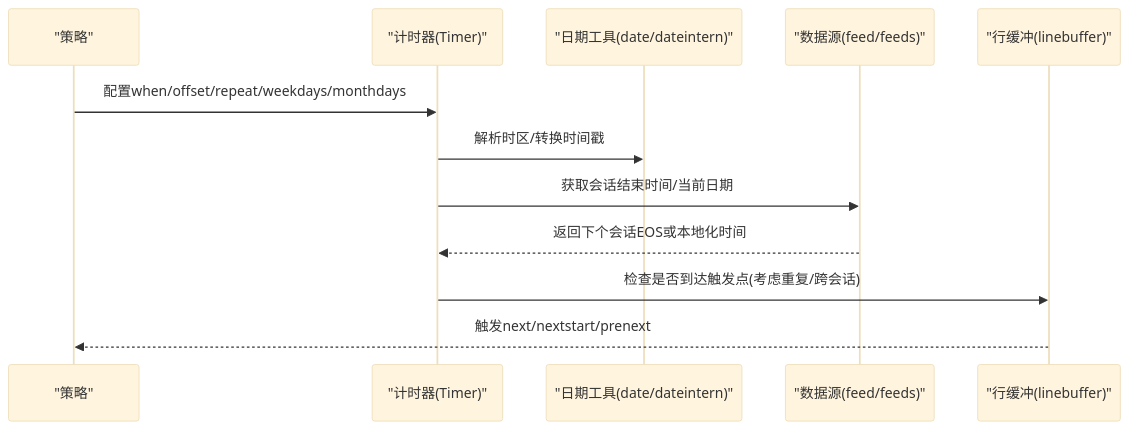
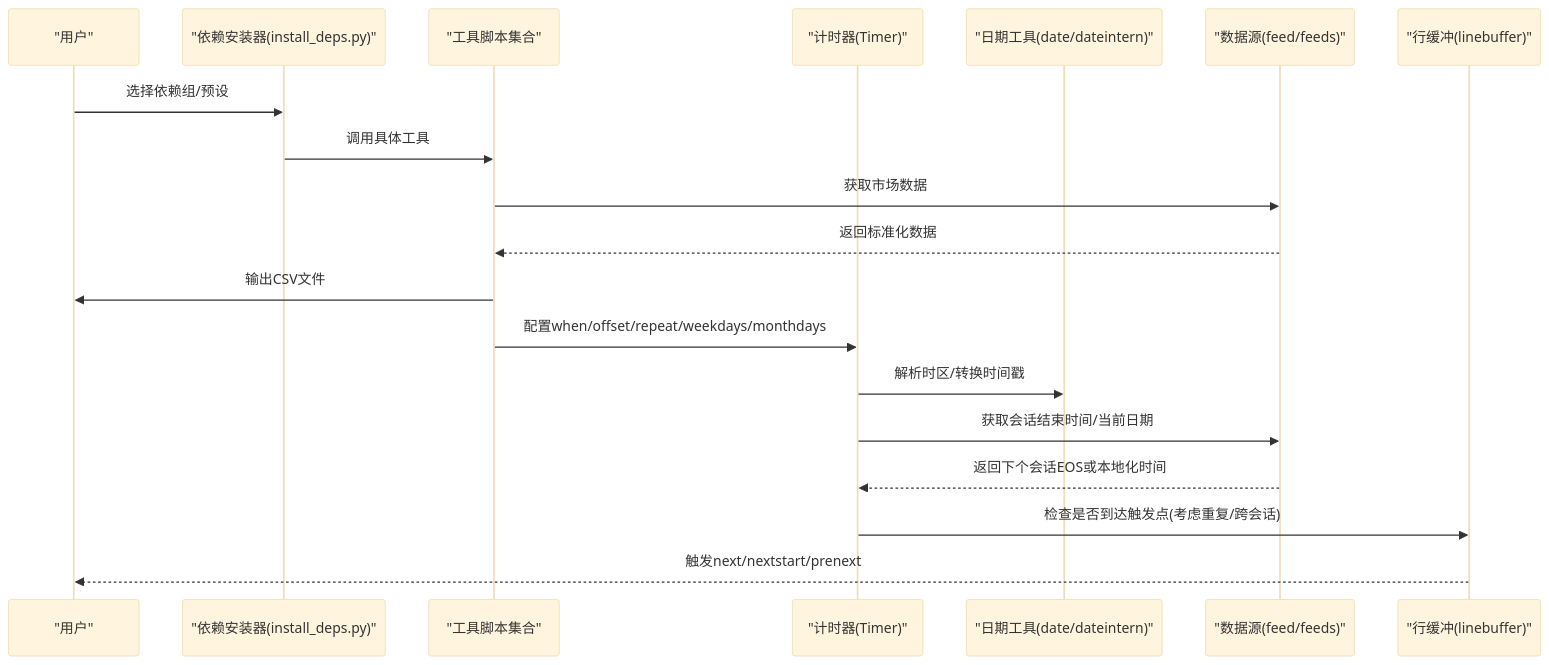
Before and after one commit to bench-prog/backtrader: the second of 12 diagrams in .qoder/repowiki/zh/content/工具函数与实用程序/工具函数与实用程序.md, drawn with Mermaid (base theme). The commit also changed other lines of this file and 1 other file, not shown here.

````diff
--- a/.qoder/repowiki/zh/content/工具函数与实用程序/工具函数与实用程序.md
+++ b/.qoder/repowiki/zh/content/工具函数与实用程序/工具函数与实用程序.md
@@ -138,14 +176,21 @@
 ```mermaid
 sequenceDiagram
-participant Strat as "策略"
+participant User as "用户"
+participant Installer as "依赖安装器(install_deps.py)"
+participant Tools as "工具脚本集合"
 participant Timer as "计时器(Timer)"
 participant Utils as "日期工具(date/dateintern)"
 participant Feed as "数据源(feed/feeds)"
 participant LB as "行缓冲(linebuffer)"
-Strat->>Timer : 配置when/offset/repeat/weekdays/monthdays
+User->>Installer : 选择依赖组/预设
+Installer->>Tools : 调用具体工具
+Tools->>Feed : 获取市场数据
+Feed-->>Tools : 返回标准化数据
+Tools->>User : 输出CSV文件
+Tools->>Timer : 配置when/offset/repeat/weekdays/monthdays
 Timer->>Utils : 解析时区/转换时间戳
 Timer->>Feed : 获取会话结束时间/当前日期
 Feed-->>Timer : 返回下个会话EOS或本地化时间
 Timer->>LB : 检查是否到达触发点(考虑重复/跨会话)
-LB-->>Strat : 触发next/nextstart/prenext
+LB-->>User : 触发next/nextstart/prenext
 ```
````
